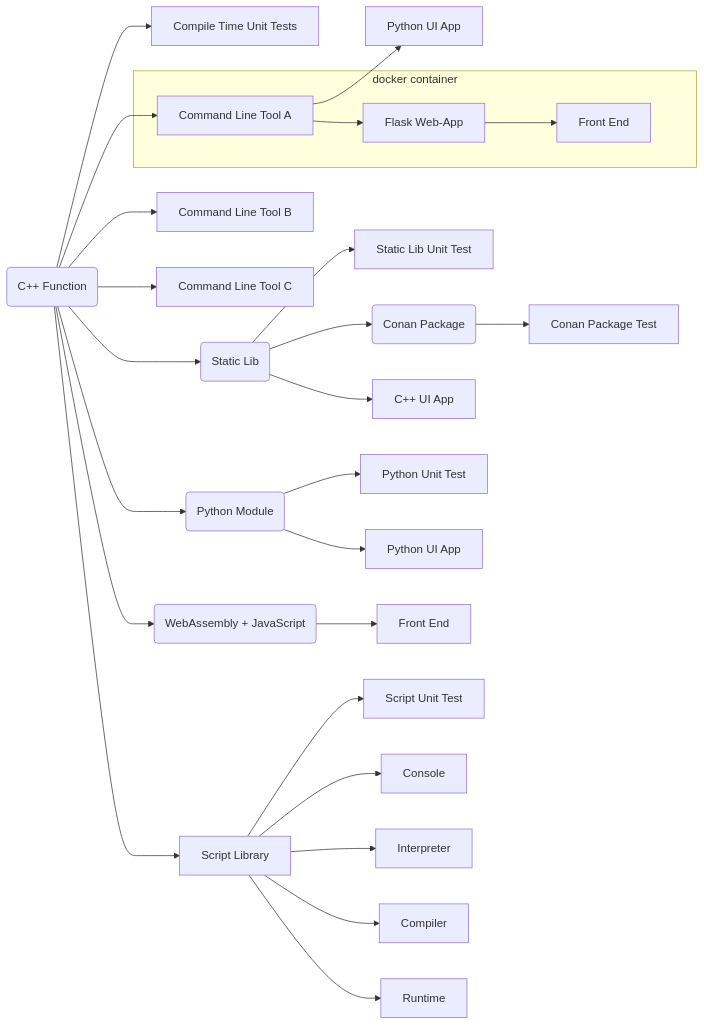
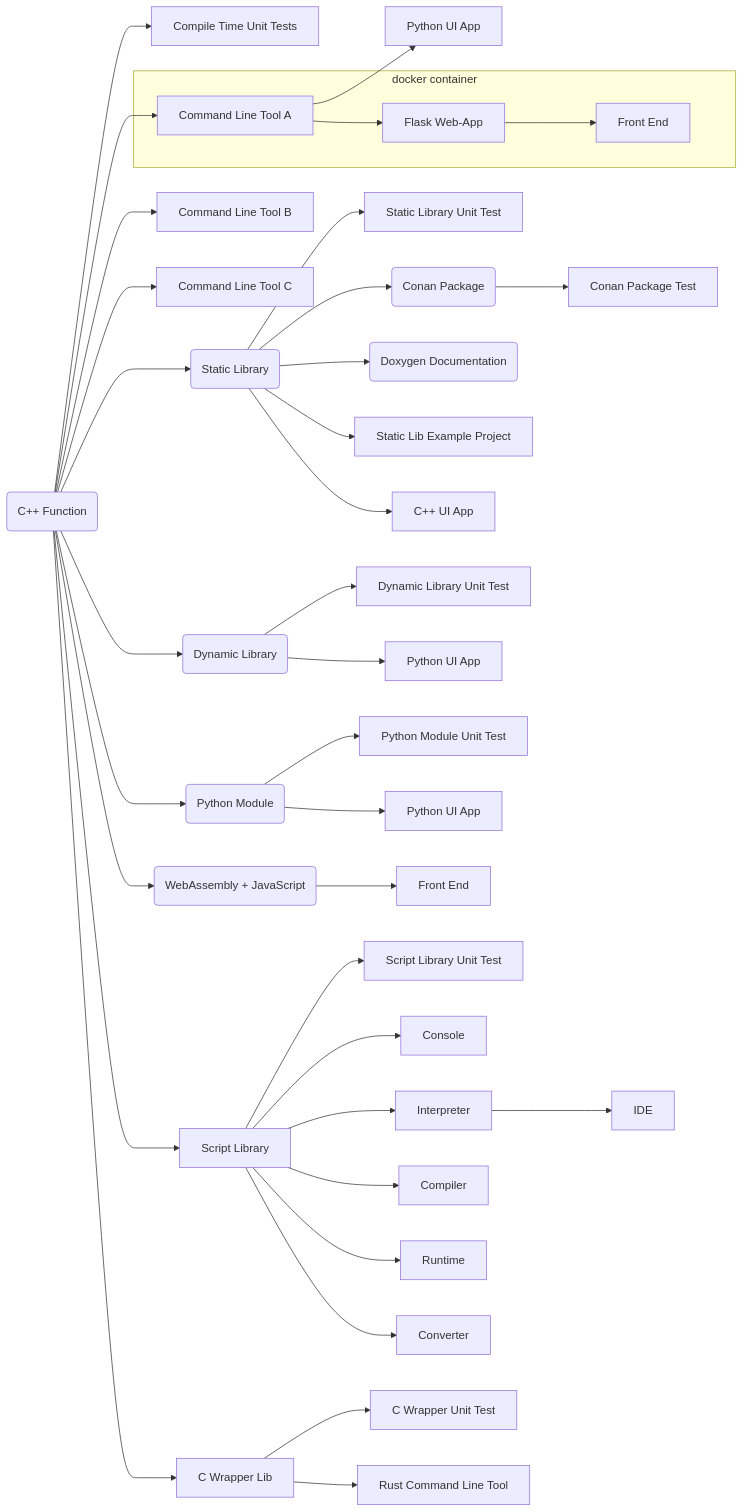
One commit to SebastianBach/full-stack changed the diagram in README.md. Above: the diagram before and after it, drawn with Mermaid. The commit also changed other lines of this file and 66 other files, not shown here.

````diff
--- a/README.md
+++ b/README.md
@@ -36,42 +44,54 @@
 ```mermaid
   flowchart LR;
 
     F(C++ Function) --> CUT[Compile Time Unit Tests];
 
     F --> CLI1[Command Line Tool A]
     F --> CLI2[Command Line Tool B]
     F --> CLI3[Command Line Tool C]
 
     CLI1 --> PYAPP2[Python UI App]
 
-    F --> LIB(Static Lib)
+    F --> LIB(Static Library)
 
-    LIB --> LIBTEST[Static Lib Unit Test]
+    LIB --> LIBTEST[Static Library Unit Test]
     LIB --> C(Conan Package)
+    LIB --> DOXYGEN(Doxygen Documentation)
+    LIB --> LIBEX[Static Lib Example Project]
 
     LIB --> QTCPP[C++ UI App]
+
+    F --> DLL(Dynamic Library)
+    DLL --> DLLTEST[Dynamic Library Unit Test]
+    DLL --> QTPYDLL[Python UI App]
 
     C --> CT[Conan Package Test]
 
     F --> PY(Python Module)
 
     subgraph docker container
     CLI1 --> SERVER[Flask Web-App]
     SERVER --> FRONT[Front End]
     end
 
-    PY --> PYTEST[Python Unit Test]
+    PY --> PYTEST[Python Module Unit Test]
     PY --> PYAPP[Python UI App]
 
     F --> WASM(WebAssembly + JavaScript)
 
     WASM --> WASMF[Front End]
 
     F --> SCRIPTLIB[Script Library]
 
-    SCRIPTLIB --> SCRIPT_TEST[Script Unit Test]
+    SCRIPTLIB --> SCRIPT_TEST[Script Library Unit Test]
     SCRIPTLIB --> SCRIPT_CONSOLE[Console]
     SCRIPTLIB --> SCRIPT_INTERPRETER[Interpreter]
+    SCRIPT_INTERPRETER --> SCRIPT_IDE[IDE]
     SCRIPTLIB --> SCRIPT_COMPILER[Compiler]
     SCRIPTLIB --> SCRIPT_RUNTIME[Runtime]
+    SCRIPTLIB --> SCRIPT_CONVERT[Converter]
+
+    F --> CWRAPPER[C Wrapper Lib]
+    CWRAPPER --> CWRAPPER_TEST[C Wrapper Unit Test]
+    CWRAPPER --> RUST_APP[Rust Command Line Tool]  
 ```
````
